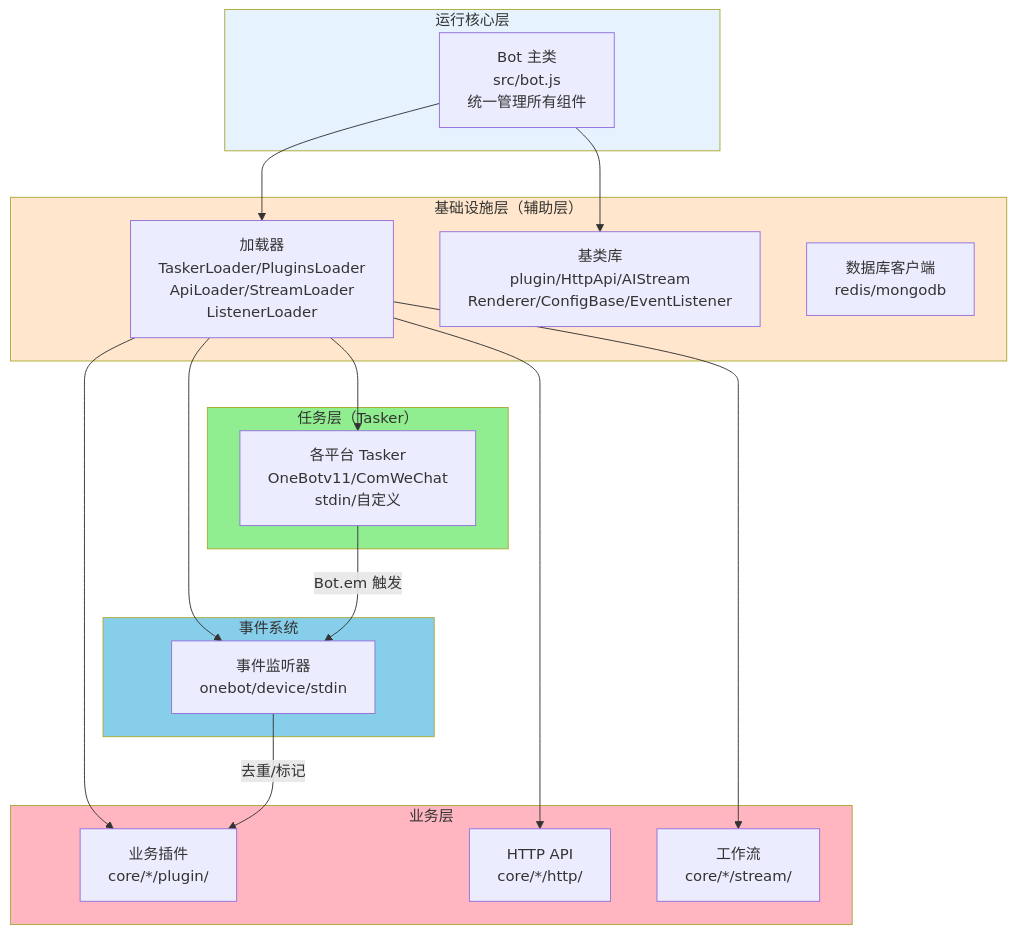
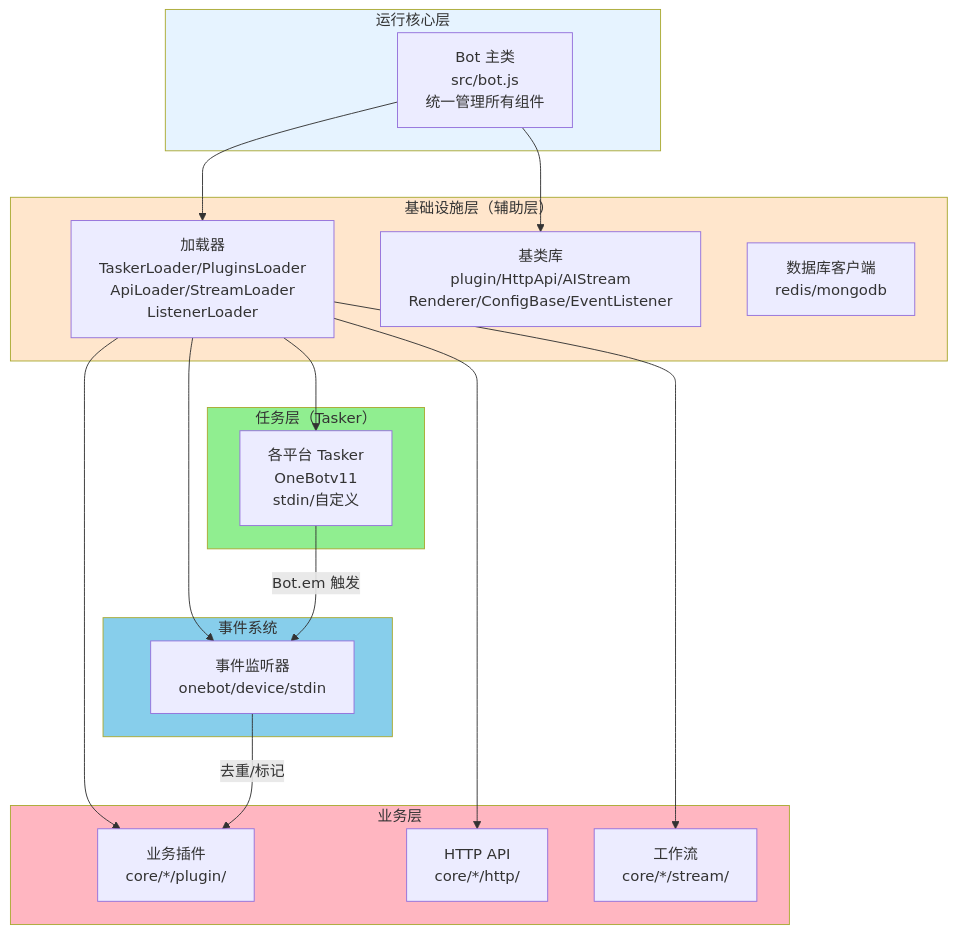
One commit to sunflowermm/XRK-AGT changed the fourth of 9 diagrams in docs/完整文档.md. Above: the diagram before and after it, drawn with Mermaid. The commit also changed other lines of this file and 13 other files, not shown here.

````diff
--- a/docs/完整文档.md
+++ b/docs/完整文档.md
@@ -186,42 +185,42 @@
 ```mermaid
 flowchart TB
     subgraph Runtime["运行核心层"]
       Bot["Bot 主类<br/>src/bot.js<br/>统一管理所有组件"]
     end
 
     subgraph Infrastructure["基础设施层（辅助层）"]
       Loaders["加载器<br/>TaskerLoader/PluginsLoader<br/>ApiLoader/StreamLoader<br/>ListenerLoader"]
       BaseClasses["基类库<br/>plugin/HttpApi/AIStream<br/>Renderer/ConfigBase/EventListener"]
       DB["数据库客户端<br/>redis/mongodb"]
     end
 
     subgraph Tasker["任务层（Tasker）"]
-      Taskers["各平台 Tasker<br/>OneBotv11/ComWeChat<br/>stdin/自定义"]
+      Taskers["各平台 Tasker<br/>OneBotv11<br/>stdin/自定义"]
     end
 
     subgraph EventSystem["事件系统"]
       Listeners["事件监听器<br/>onebot/device/stdin"]
     end
 
     subgraph Business["业务层"]
       Plugins["业务插件<br/>core/*/plugin/"]
       HttpApis["HTTP API<br/>core/*/http/"]
       Streams["工作流<br/>core/*/stream/"]
     end
 
     Bot --> Loaders
     Bot --> BaseClasses
     Loaders --> Taskers
     Loaders --> Listeners
     Loaders --> Plugins
     Loaders --> HttpApis
     Loaders --> Streams
     Taskers -->|Bot.em 触发| Listeners
     Listeners -->|去重/标记| Plugins
     
     style Runtime fill:#E6F3FF
     style Infrastructure fill:#FFE6CC
     style Tasker fill:#90EE90
     style EventSystem fill:#87CEEB
     style Business fill:#FFB6C1
 ```
````
